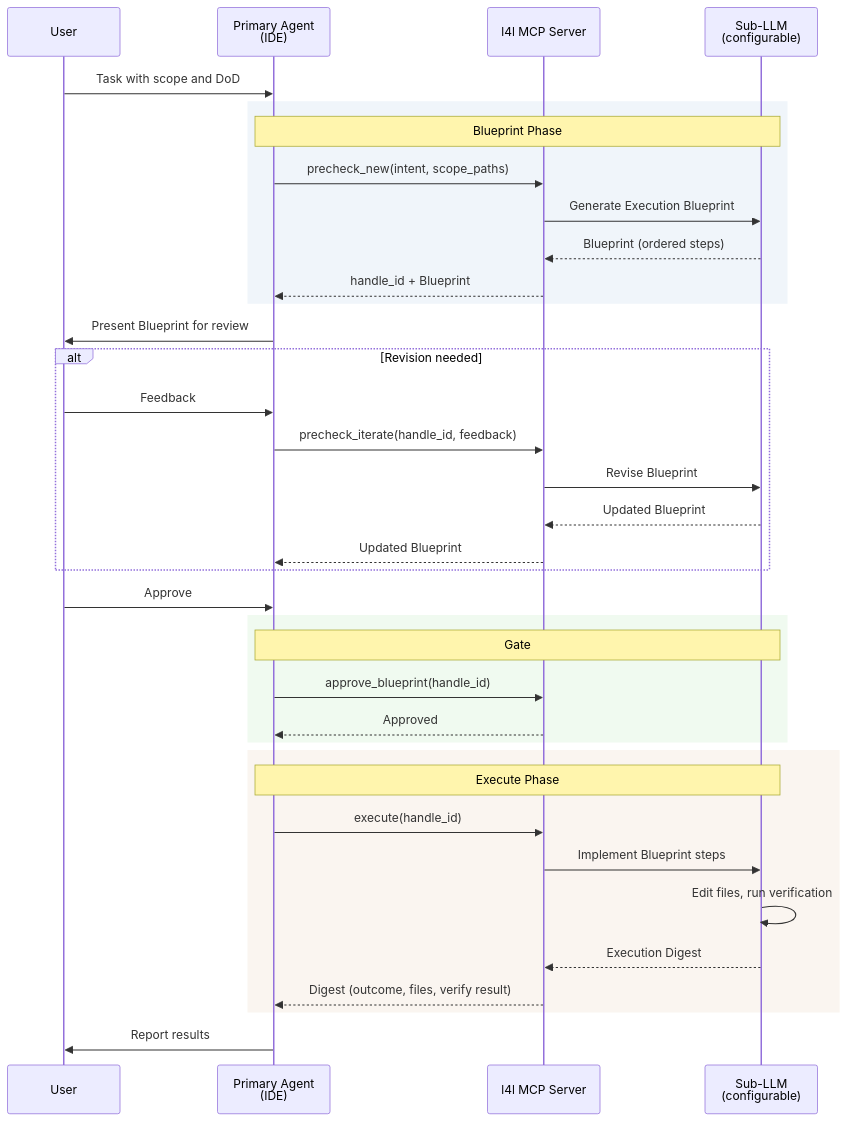
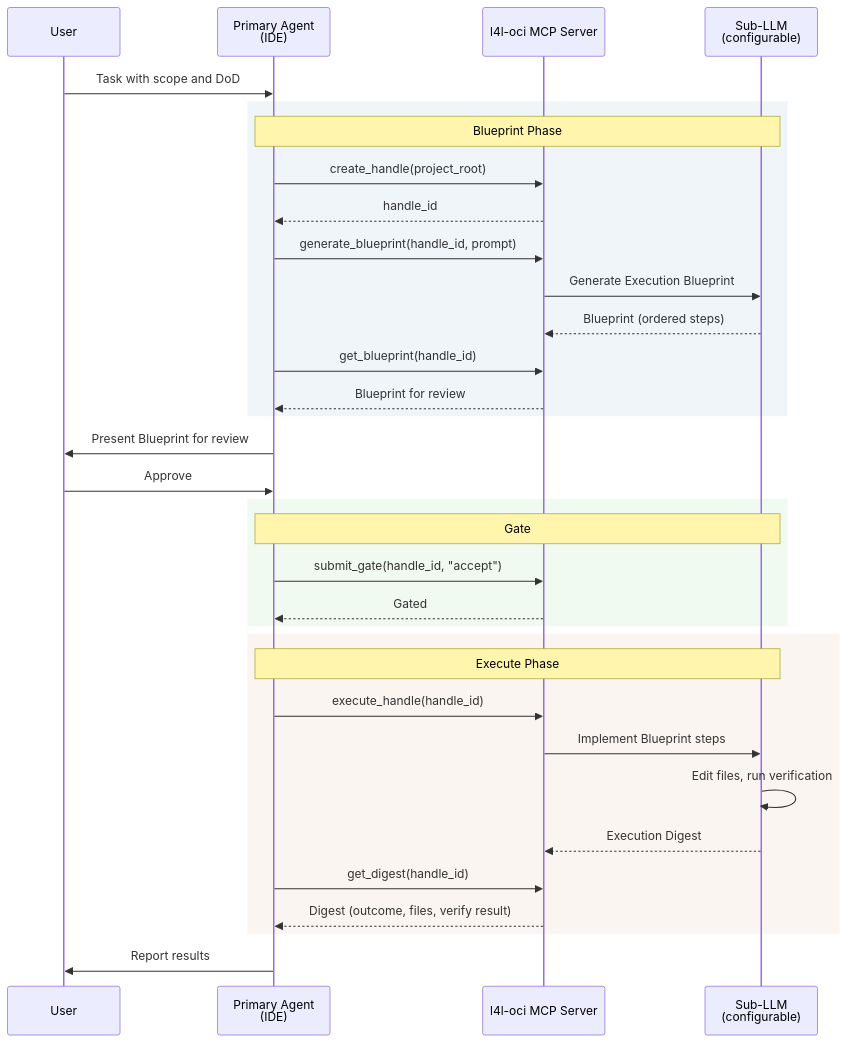
Before and after one commit to flitzrrr/agent-skills: the diagram in README.md, drawn with Mermaid. The commit also changed other lines of this file, not shown here.

Commit message:
docs(readme): Update MCP backend from l4l to l4l-oci
- Replace l4l references with l4l-oci (DasDigitaleMomentum/l4l-oci)
- Update MCP tool names: create_handle, generate_blueprint, submit_gate,
  execute_handle, get_digest (replaces precheck_new, approve_blueprint etc.)
- Update Mermaid lifecycle diagram with correct l4l-oci API sequence
- Add reference to bundled start-l4l-oci.sh auto-start script
- Link to l4l-oci setup guide

````diff
--- a/README.md
+++ b/README.md
@@ -170,46 +170,42 @@
 ```mermaid
 sequenceDiagram
     participant User
     participant Primary as Primary Agent<br/>(IDE)
-    participant MCP as l4l MCP Server
+    participant MCP as l4l-oci MCP Server
     participant Sub as Sub-LLM<br/>(configurable)
 
     User->>Primary: Task with scope and DoD
 
     rect rgb(240, 245, 250)
     Note over Primary,Sub: Blueprint Phase
-    Primary->>MCP: precheck_new(intent, scope_paths)
+    Primary->>MCP: create_handle(project_root)
+    MCP-->>Primary: handle_id
+    Primary->>MCP: generate_blueprint(handle_id, prompt)
     MCP->>Sub: Generate Execution Blueprint
     Sub-->>MCP: Blueprint (ordered steps)
-    MCP-->>Primary: handle_id + Blueprint
+    Primary->>MCP: get_blueprint(handle_id)
+    MCP-->>Primary: Blueprint for review
     end
 
     Primary->>User: Present Blueprint for review
-
-    alt Revision needed
-        User->>Primary: Feedback
-        Primary->>MCP: precheck_iterate(handle_id, feedback)
-        MCP->>Sub: Revise Blueprint
-        Sub-->>MCP: Updated Blueprint
-        MCP-->>Primary: Updated Blueprint
-    end
 
     User->>Primary: Approve
 
     rect rgb(240, 250, 240)
     Note over Primary,Sub: Gate
-    Primary->>MCP: approve_blueprint(handle_id)
-    MCP-->>Primary: Approved
+    Primary->>MCP: submit_gate(handle_id, "accept")
+    MCP-->>Primary: Gated
     end
 
     rect rgb(250, 245, 240)
     Note over Primary,Sub: Execute Phase
-    Primary->>MCP: execute(handle_id)
+    Primary->>MCP: execute_handle(handle_id)
     MCP->>Sub: Implement Blueprint steps
     Sub->>Sub: Edit files, run verification
     Sub-->>MCP: Execution Digest
+    Primary->>MCP: get_digest(handle_id)
     MCP-->>Primary: Digest (outcome, files, verify result)
     end
 
     Primary->>User: Report results
 ```
````
